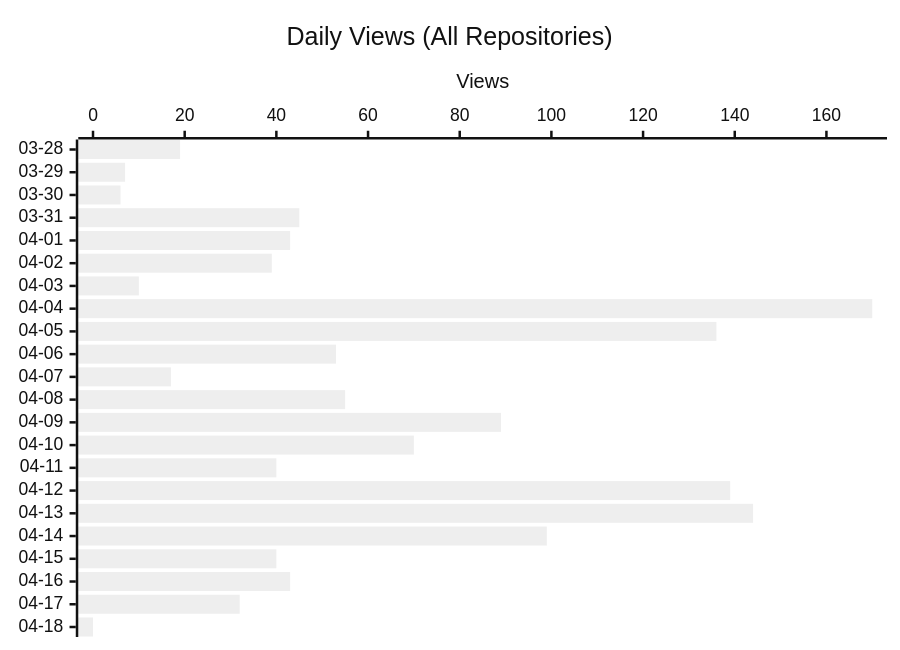
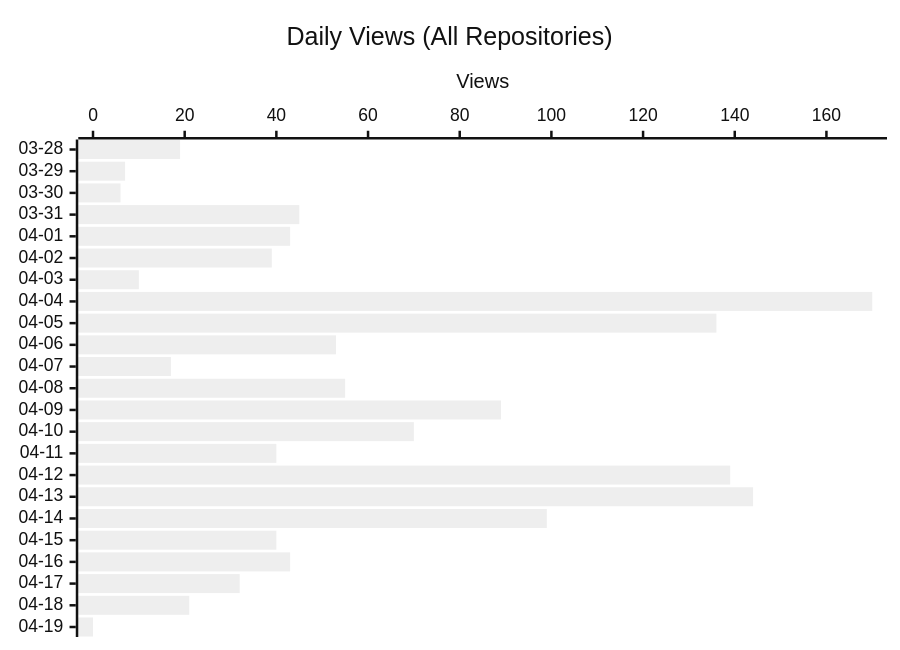
The second of 3 diagrams in README.md (shigechika/github-insights), drawn with Mermaid (neutral theme) before and after one commit. The commit also changed other lines of this file and 1 other file, not shown here.

````diff
--- a/README.md
+++ b/README.md
@@ -24,7 +24,7 @@
 ```mermaid
 xychart-beta horizontal
     title "Daily Views (All Repositories)"
-    x-axis ["03-28", "03-29", "03-30", "03-31", "04-01", "04-02", "04-03", "04-04", "04-05", "04-06", "04-07", "04-08", "04-09", "04-10", "04-11", "04-12", "04-13", "04-14", "04-15", "04-16", "04-17", "04-18"]
+    x-axis ["03-28", "03-29", "03-30", "03-31", "04-01", "04-02", "04-03", "04-04", "04-05", "04-06", "04-07", "04-08", "04-09", "04-10", "04-11", "04-12", "04-13", "04-14", "04-15", "04-16", "04-17", "04-18", "04-19"]
     y-axis "Views"
-    bar [19, 7, 6, 45, 43, 39, 10, 170, 136, 53, 17, 55, 89, 70, 40, 139, 144, 99, 40, 43, 32, 0]
+    bar [19, 7, 6, 45, 43, 39, 10, 170, 136, 53, 17, 55, 89, 70, 40, 139, 144, 99, 40, 43, 32, 21, 0]
 ```
````
